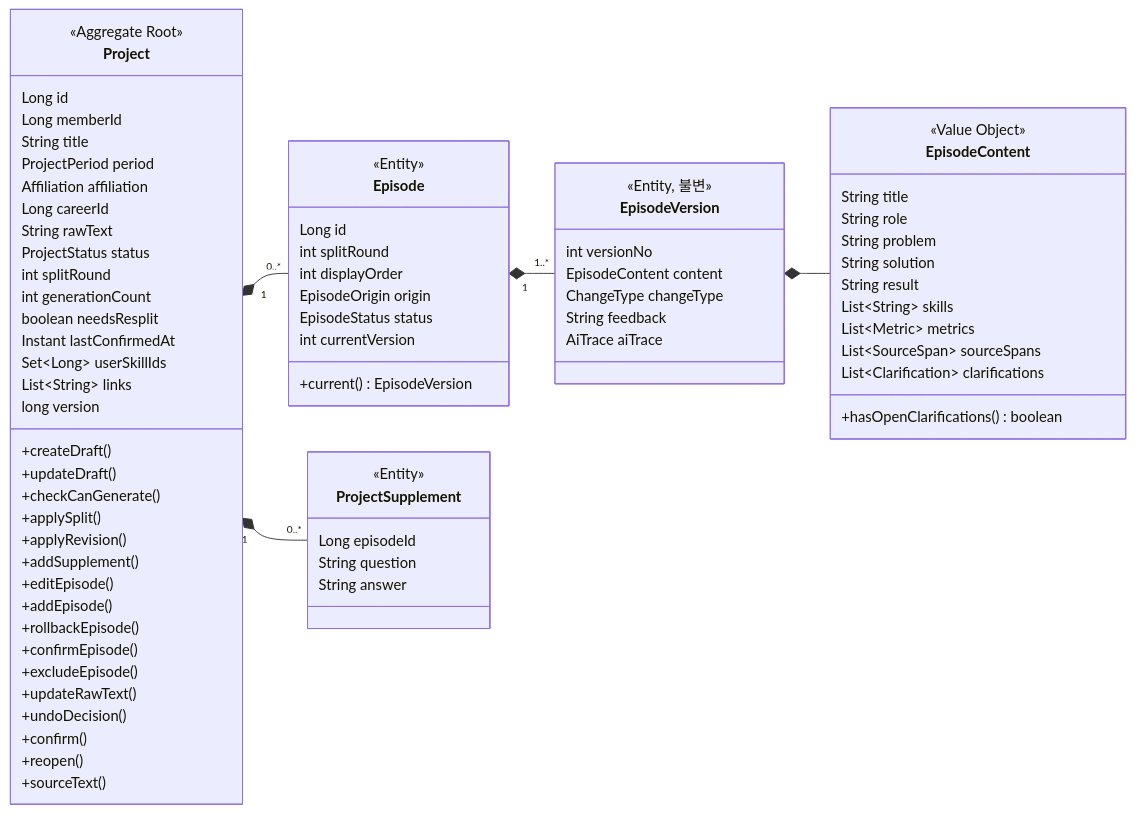
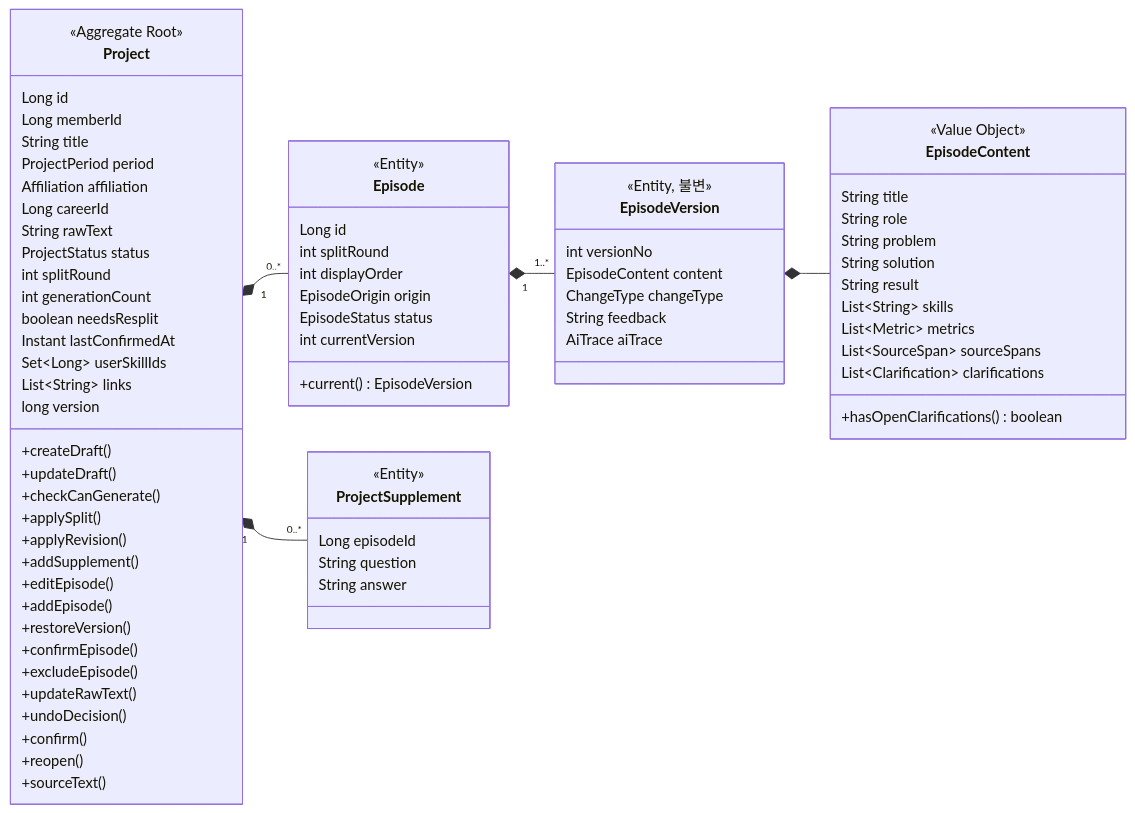
The first of 4 diagrams in docs/02-도메인-모델.md (nerd-nam/BE-nerdnam), drawn with Mermaid before and after one commit. The commit also changed other lines of this file and 5 other files, not shown here.

````diff
--- a/docs/02-도메인-모델.md
+++ b/docs/02-도메인-모델.md
@@ -63,79 +66,79 @@
 ```mermaid
 classDiagram
     direction LR
     class Project {
         <<Aggregate Root>>
         Long id
         Long memberId
         String title
         ProjectPeriod period
         Affiliation affiliation
         Long careerId
         String rawText
         ProjectStatus status
         int splitRound
         int generationCount
         boolean needsResplit
         Instant lastConfirmedAt
         Set~Long~ userSkillIds
         List~String~ links
         long version
         +createDraft()
         +updateDraft()
         +checkCanGenerate()
         +applySplit()
         +applyRevision()
         +addSupplement()
         +editEpisode()
         +addEpisode()
-        +rollbackEpisode()
+        +restoreVersion()
         +confirmEpisode()
         +excludeEpisode()
         +updateRawText()
         +undoDecision()
         +confirm()
         +reopen()
         +sourceText()
     }
     class Episode {
         <<Entity>>
         Long id
         int splitRound
         int displayOrder
         EpisodeOrigin origin
         EpisodeStatus status
         int currentVersion
         +current() EpisodeVersion
     }
     class EpisodeVersion {
         <<Entity, 불변>>
         int versionNo
         EpisodeContent content
         ChangeType changeType
         String feedback
         AiTrace aiTrace
     }
     class EpisodeContent {
         <<Value Object>>
         String title
         String role
         String problem
         String solution
         String result
         List~String~ skills
         List~Metric~ metrics
         List~SourceSpan~ sourceSpans
         List~Clarification~ clarifications
         +hasOpenClarifications() boolean
     }
     class ProjectSupplement {
         <<Entity>>
         Long episodeId
         String question
         String answer
     }
     Project "1" *-- "0..*" Episode
     Project "1" *-- "0..*" ProjectSupplement
     Episode "1" *-- "1..*" EpisodeVersion
     EpisodeVersion *-- EpisodeContent
 ```
````
